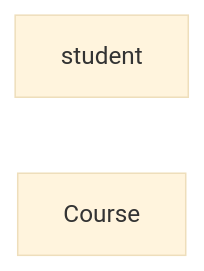
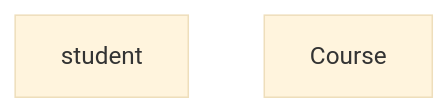
The first of 15 diagrams in erd/relationships.md (ahmedmohamed05/databases-1), drawn with Mermaid (base theme) before and after one commit. The commit also changed other lines of this file and 19 other files, not shown here.

````diff
--- a/erd/relationships.md
+++ b/erd/relationships.md
@@ -5,5 +7,5 @@
 ```mermaid
-flowchart LR
+flowchart TB
   student
   Course
 ```
````
